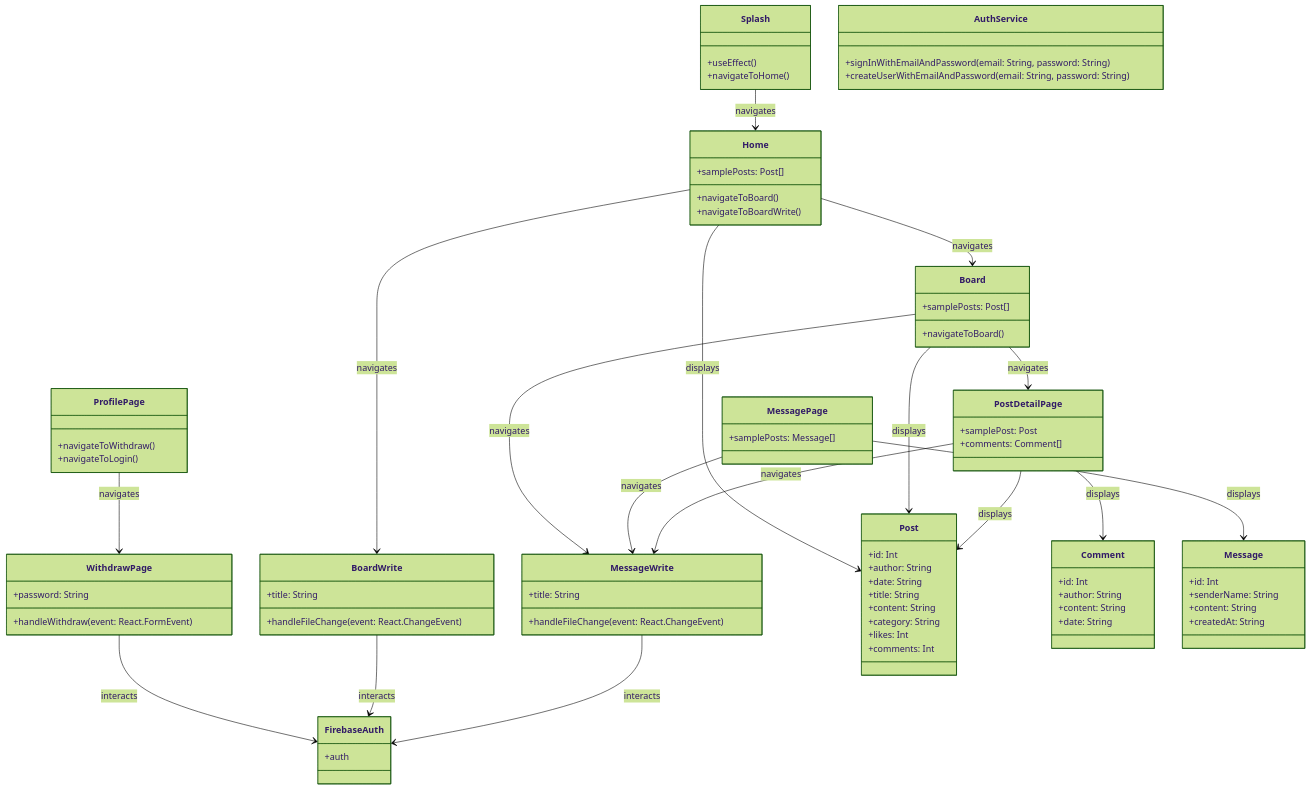
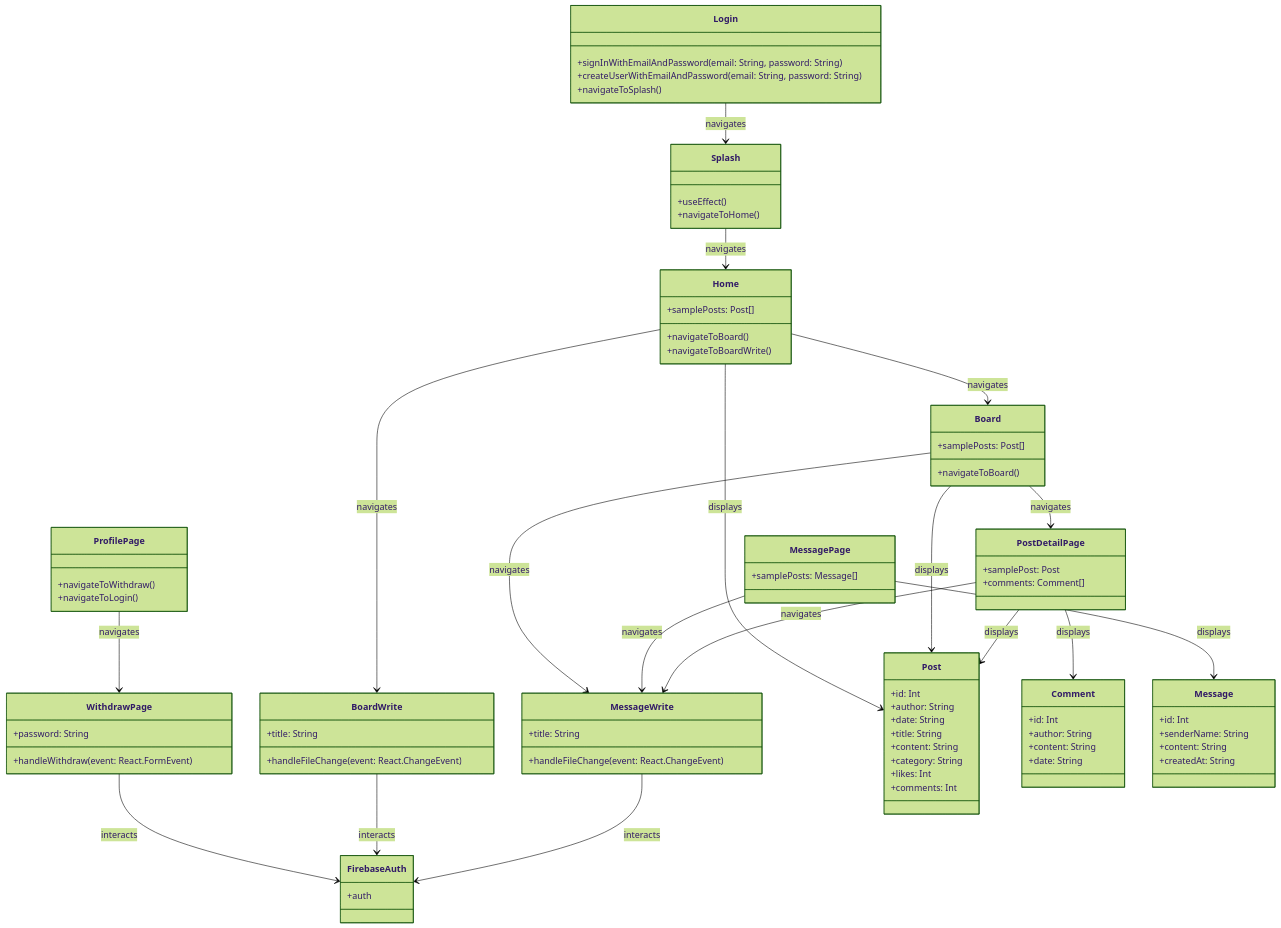
One commit to Playinc-React-NodeJS-etc/Eoullim changed the diagram in README.md. Above: the diagram before and after it, drawn with Mermaid (forest theme).

```diff
--- a/README.md
+++ b/README.md
@@ -71,9 +71,10 @@
         +createdAt: String
     }
 
-    class AuthService {
+    class Login {
         +signInWithEmailAndPassword(email: String, password: String)
         +createUserWithEmailAndPassword(email: String, password: String)
+        +navigateToSplash()
     }
 
     class FirebaseAuth {
@@ -81,6 +82,7 @@
     }
 
 
+    Login --> Splash : navigates
     Splash --> Home : navigates
     Home --> Board : navigates
     Home --> BoardWrite : navigates
```
